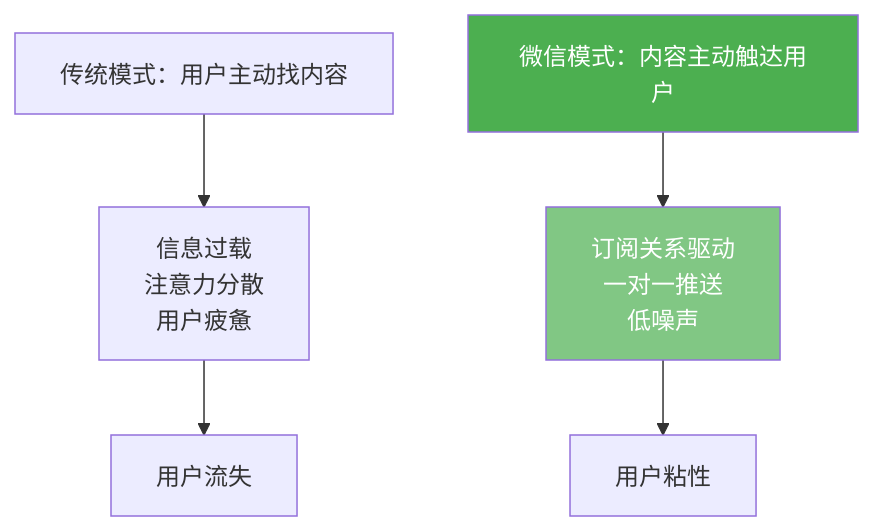
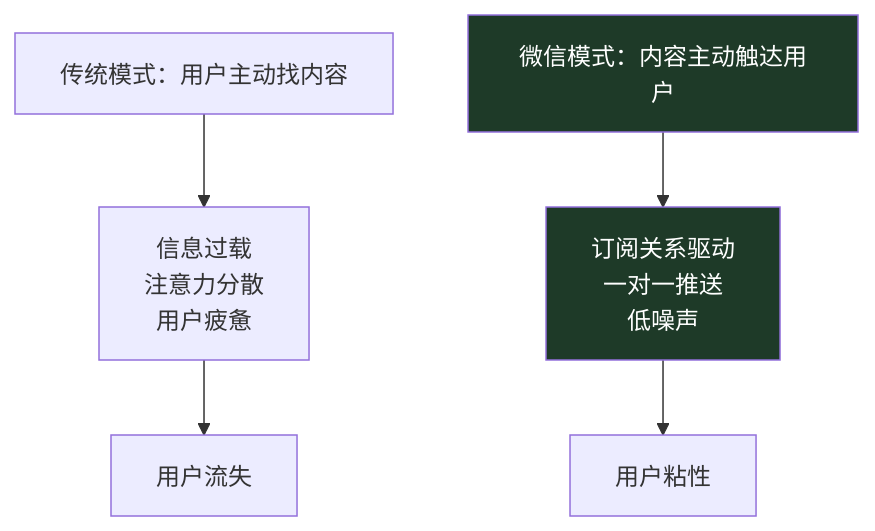
The first of 3 diagrams in content/philosophies/微信产品哲学.md (qinwenshi/wiki), drawn with Mermaid before and after one commit. The commit also changed other lines of this file and 13 other files, not shown here.

First line of the commit message:
Fix Mermaid theme: Catppuccin dark palette for all diagram types

````diff
--- a/content/philosophies/微信产品哲学.md
+++ b/content/philosophies/微信产品哲学.md
@@ -22,10 +22,10 @@
 ```mermaid
 flowchart TD
     A[传统模式：用户主动找内容] --> B[信息过载<br/>注意力分散<br/>用户疲惫]
     C[微信模式：内容主动触达用户] --> D[订阅关系驱动<br/>一对一推送<br/>低噪声]
     B --> E[用户流失]
     D --> F[用户粘性]
     
-    style C fill:#4CAF50,color:#fff
-    style D fill:#81C784,color:#fff
+    style C fill:#1e3a28,color:#fff
+    style D fill:#1e3a28,color:#fff
 ```
````
